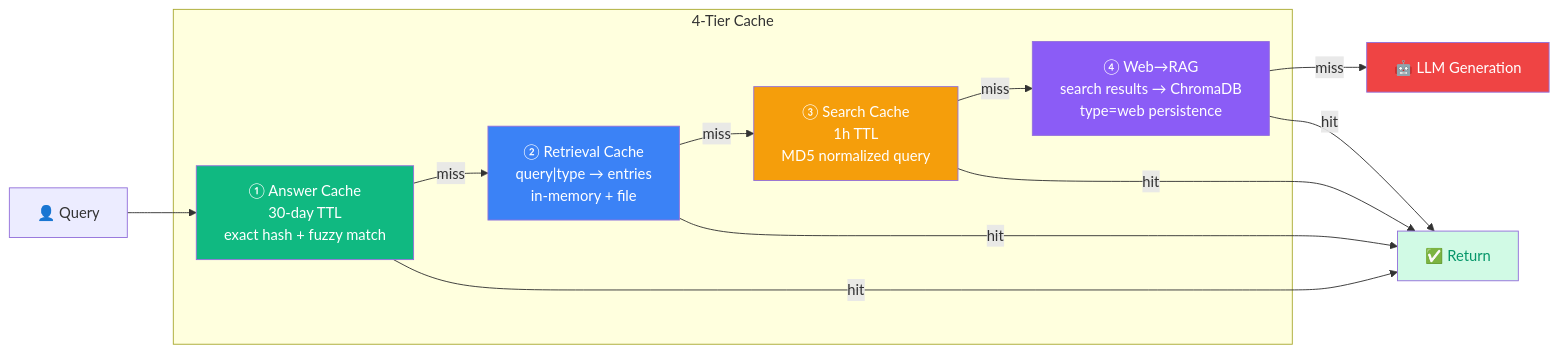
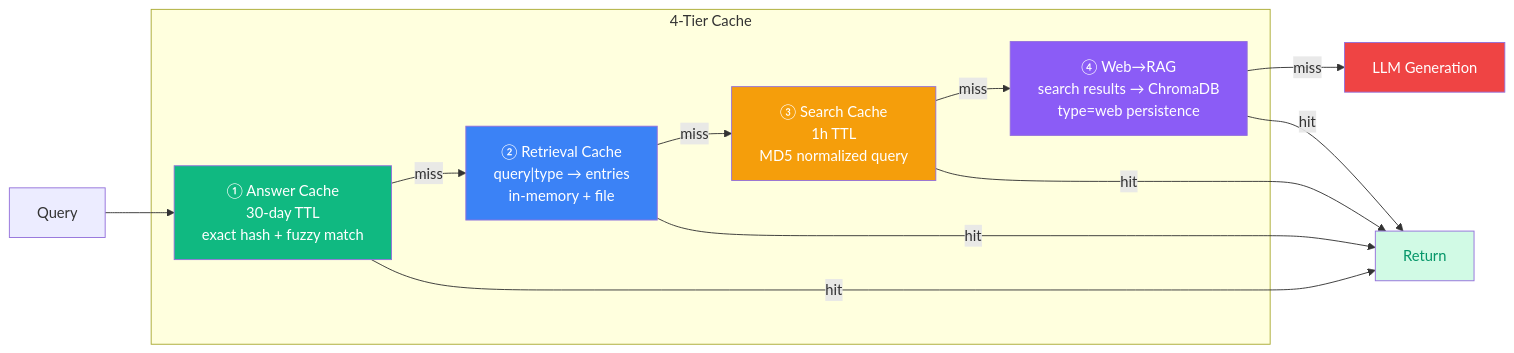
Before and after one commit to spirit-revenge/multi-agent: the fifth of 5 diagrams in picts/diagrams.md, drawn with Mermaid. The commit also changed other lines of this file and 8 other files, not shown here.

````diff
--- a/picts/diagrams.md
+++ b/picts/diagrams.md
@@ -176,28 +176,28 @@
 ```mermaid
 flowchart LR
-    Q["👤 Query"] --> L1
+    Q["Query"] --> L1
     
     subgraph "4-Tier Cache"
         L1["① Answer Cache<br/>30-day TTL<br/>exact hash + fuzzy match"]
         L2["② Retrieval Cache<br/>query|type → entries<br/>in-memory + file"]
         L3["③ Search Cache<br/>1h TTL<br/>MD5 normalized query"]
         L4["④ Web→RAG<br/>search results → ChromaDB<br/>type=web persistence"]
     end
     
     L1 -->|"miss"| L2
     L2 -->|"miss"| L3
     L3 -->|"miss"| L4
-    L4 -->|"miss"| LLM["🤖 LLM Generation"]
+    L4 -->|"miss"| LLM["LLM Generation"]
     
-    L1 -->|"hit"| Return["✅ Return"]
+    L1 -->|"hit"| Return["Return"]
     L2 -->|"hit"| Return
     L3 -->|"hit"| Return
     L4 -->|"hit"| Return
 
     style L1 fill:#10b981,color:#fff
     style L2 fill:#3b82f6,color:#fff
     style L3 fill:#f59e0b,color:#fff
     style L4 fill:#8b5cf6,color:#fff
     style LLM fill:#ef4444,color:#fff
     style Return fill:#d1fae5,color:#059669
 ```
````
